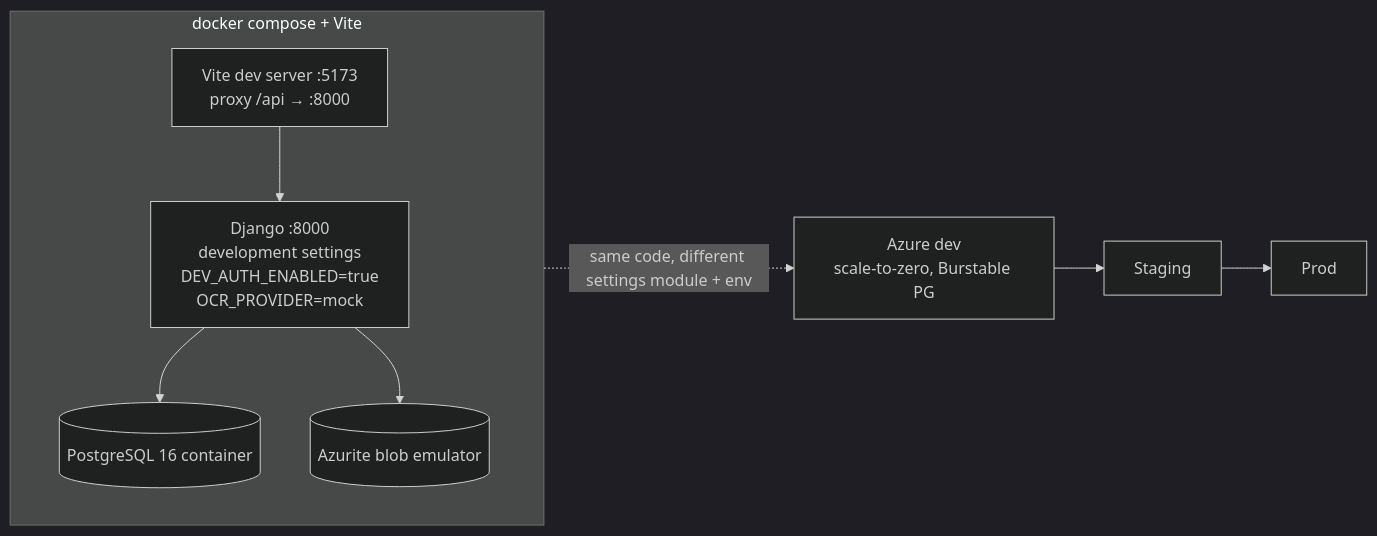
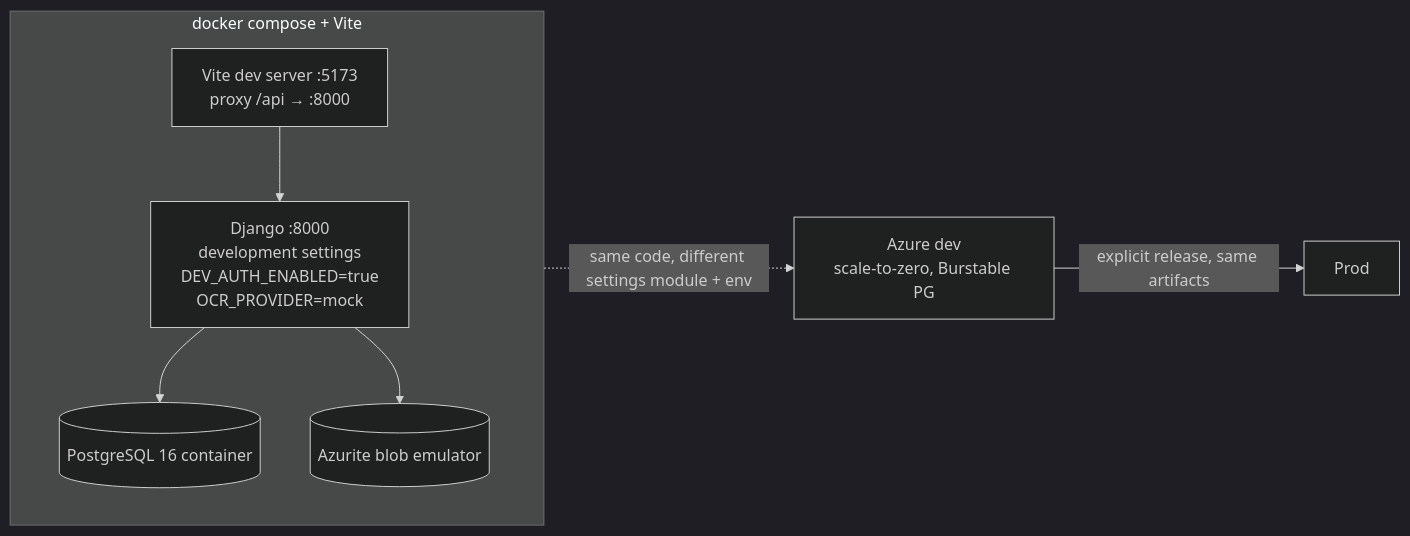
The seventh of 8 diagrams in docs/architecture.md (amr990719/Medical_App_Azure), drawn with Mermaid (dark theme) before and after one commit. The commit also changed other lines of this file and 14 other files, not shown here.

````diff
--- a/docs/architecture.md
+++ b/docs/architecture.md
@@ -217,10 +217,10 @@
 ```mermaid
 flowchart LR
     subgraph Local["docker compose + Vite"]
         V[Vite dev server :5173<br/>proxy /api → :8000] --> DJL[Django :8000<br/>development settings<br/>DEV_AUTH_ENABLED=true<br/>OCR_PROVIDER=mock]
         DJL --> PGL[(PostgreSQL 16 container)]
         DJL --> AZ[(Azurite blob emulator)]
     end
     Local -. "same code, different settings module + env" .-> Dev[Azure dev<br/>scale-to-zero, Burstable PG]
-    Dev --> Staging --> Prod
+    Dev -- "explicit release, same artifacts" --> Prod
 ```
````
